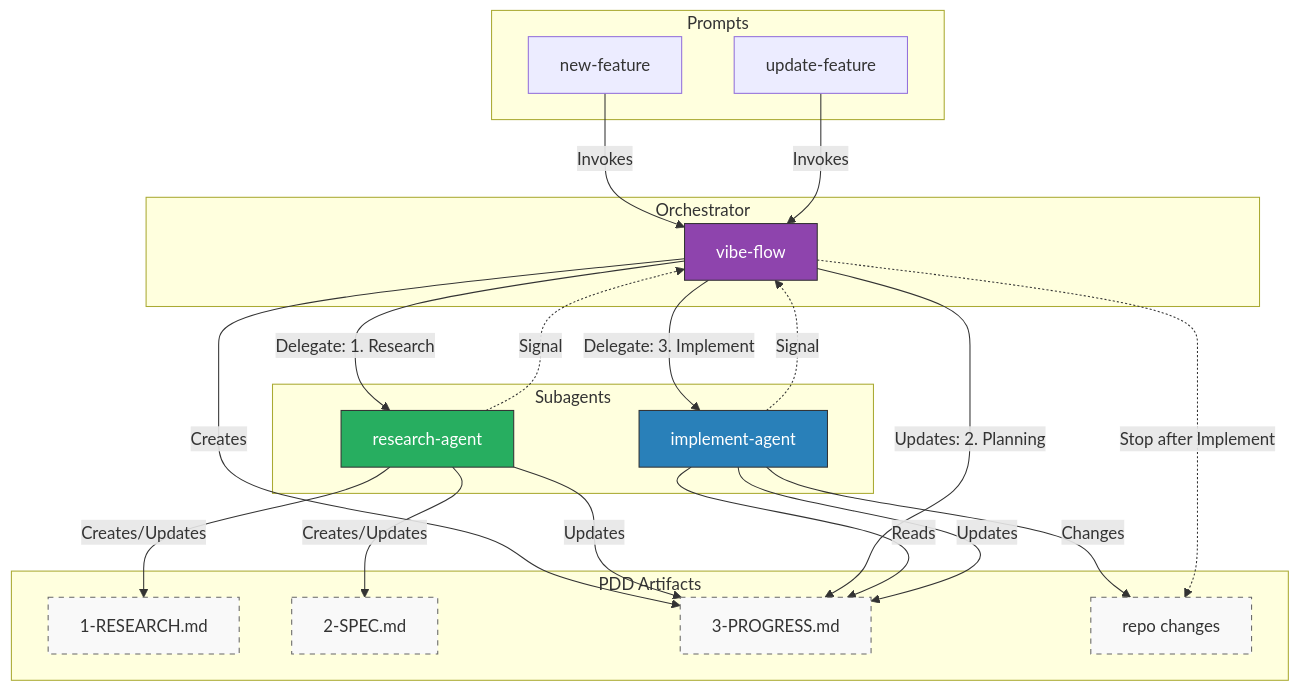
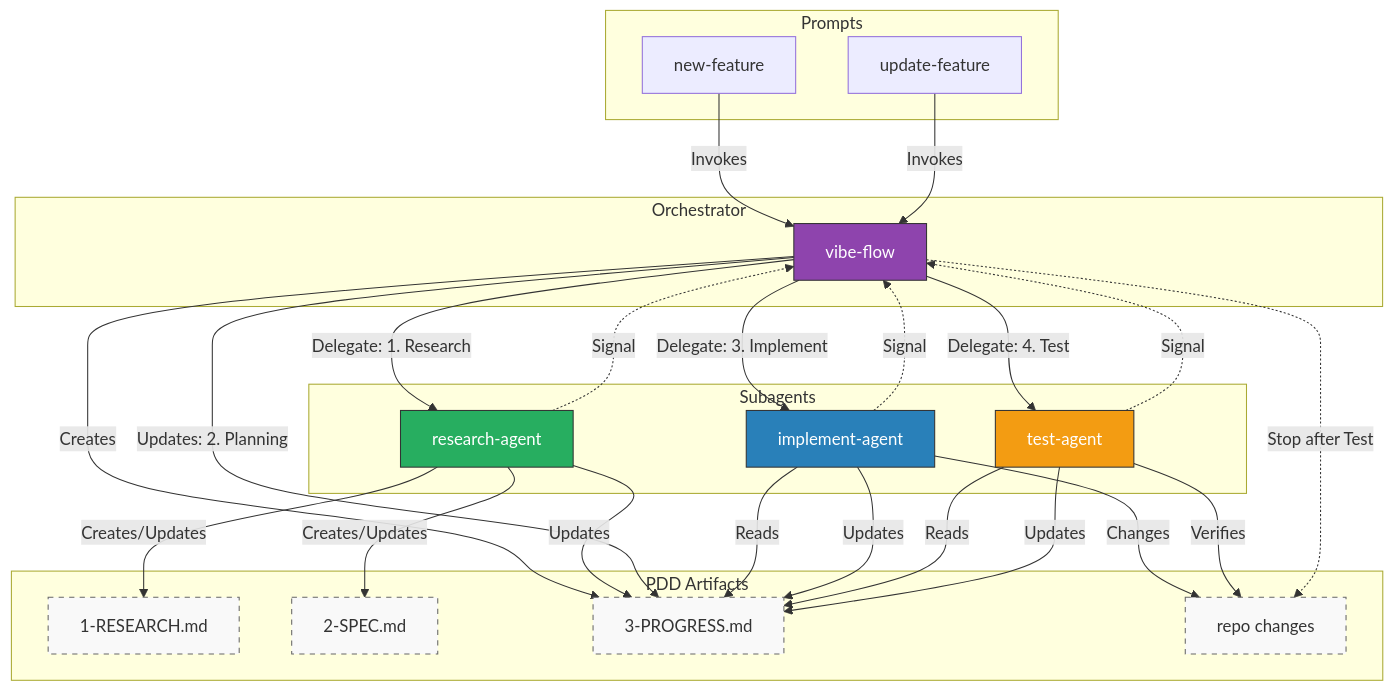
One commit to sammykumar/vibe-flow-agent-orchestrator changed the first of 2 diagrams in README.md. Above: the diagram before and after it, drawn with Mermaid. The commit also changed other lines of this file and 3 other files, not shown here.

````diff
--- a/README.md
+++ b/README.md
@@ -23,53 +23,61 @@
 ```mermaid
 graph TD
     subgraph "Prompts"
         NF[new-feature]
         UF[update-feature]
     end
 
     subgraph "Orchestrator"
         VF[vibe-flow]
     end
 
     subgraph "Subagents"
         RA[research-agent]
         IA[implement-agent]
+        TA[test-agent]
     end
 
     subgraph "PDD Artifacts"
         F1[1-RESEARCH.md]
         F2[2-SPEC.md]
         F3[3-PROGRESS.md]
         CODE[repo changes]
     end
 
     NF & UF -->|Invokes| VF
 
     %% Orchestrator inits
     VF -->|Creates| F3
 
     VF -->|Delegate: 1. Research| RA
     RA -->|Creates/Updates| F1
     RA -->|Creates/Updates| F2
     RA -->|Updates| F3
     RA -.->|Signal| VF
 
     VF -->|Updates: 2. Planning| F3
 
     VF -->|Delegate: 3. Implement| IA
     IA -->|Reads| F3
     IA -->|Updates| F3
     IA -->|Changes| CODE
     IA -.->|Signal| VF
 
-    VF -.->|Stop after Implement| CODE
+    VF -->|Delegate: 4. Test| TA
+    TA -->|Reads| F3
+    TA -->|Updates| F3
+    TA -->|Verifies| CODE
+    TA -.->|Signal| VF
+
+    VF -.->|Stop after Test| CODE
 
     style VF fill:#8e44ad,stroke:#333,color:#fff
     style RA fill:#27ae60,stroke:#333,color:#fff
     style IA fill:#2980b9,stroke:#333,color:#fff
+    style TA fill:#f39c12,stroke:#333,color:#fff
 
     style F1 fill:#f9f9f9,stroke:#666,stroke-dasharray: 5 5
     style F2 fill:#f9f9f9,stroke:#666,stroke-dasharray: 5 5
     style F3 fill:#f9f9f9,stroke:#666,stroke-dasharray: 5 5
     style CODE fill:#f9f9f9,stroke:#666,stroke-dasharray: 5 5
 ```
````
